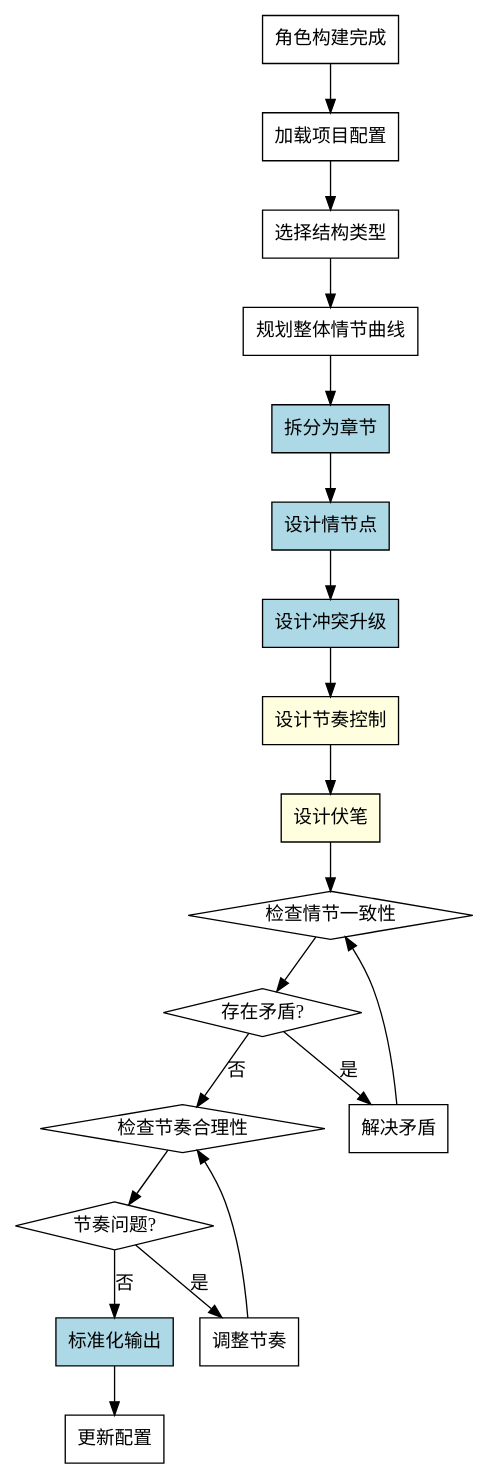
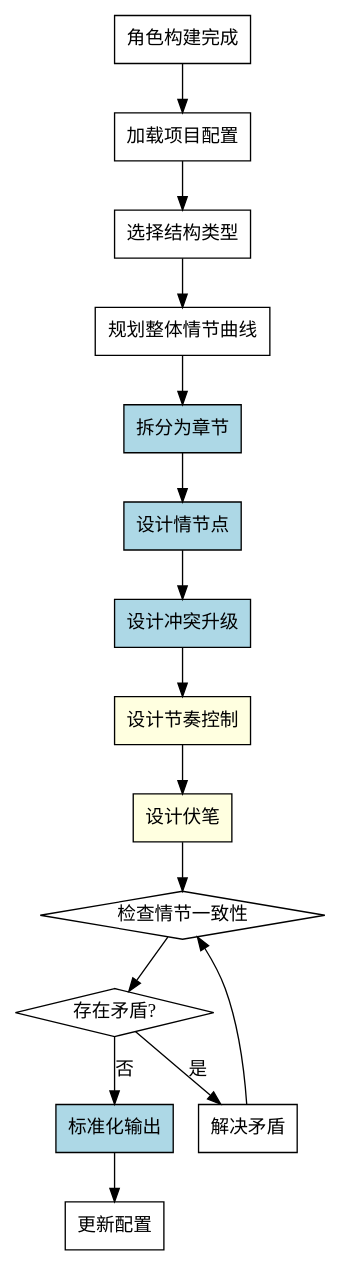
Before and after one commit to llklkl/novel: the diagram in .opencode/skills/outline-design/SKILL.md, drawn with Graphviz. The commit also changed other lines of this file and 19 other files, not shown here.

````diff
--- a/.opencode/skills/outline-design/SKILL.md
+++ b/.opencode/skills/outline-design/SKILL.md
@@ -35,45 +28,37 @@
 ```dot
 digraph outline_design {
     rankdir=TB;
     
     "角色构建完成" [shape=box];
     "加载项目配置" [shape=box];
     "选择结构类型" [shape=box];
     "规划整体情节曲线" [shape=box];
     "拆分为章节" [shape=box, style=filled, fillcolor=lightblue];
     "设计情节点" [shape=box, style=filled, fillcolor=lightblue];
     "设计冲突升级" [shape=box, style=filled, fillcolor=lightblue];
     "设计节奏控制" [shape=box, style=filled, fillcolor=lightyellow];
     "设计伏笔" [shape=box, style=filled, fillcolor=lightyellow];
     "检查情节一致性" [shape=diamond];
     "存在矛盾?" [shape=diamond];
     "解决矛盾" [shape=box];
-    "检查节奏合理性" [shape=diamond];
-    "节奏问题?" [shape=diamond];
-    "调整节奏" [shape=box];
     "标准化输出" [shape=box, style=filled, fillcolor=lightblue];
     "更新配置" [shape=box];
     
     "角色构建完成" -> "加载项目配置";
     "加载项目配置" -> "选择结构类型";
     "选择结构类型" -> "规划整体情节曲线";
     "规划整体情节曲线" -> "拆分为章节";
     "拆分为章节" -> "设计情节点";
     "设计情节点" -> "设计冲突升级";
     "设计冲突升级" -> "设计节奏控制";
     "设计节奏控制" -> "设计伏笔";
     "设计伏笔" -> "检查情节一致性";
     
     "检查情节一致性" -> "存在矛盾?";
     "存在矛盾?" -> "解决矛盾" [label="是"];
-    "存在矛盾?" -> "检查节奏合理性" [label="否"];
+    "存在矛盾?" -> "标准化输出" [label="否"];
     "解决矛盾" -> "检查情节一致性";
-    
-    "检查节奏合理性" -> "节奏问题?";
-    "节奏问题?" -> "调整节奏" [label="是"];
-    "节奏问题?" -> "标准化输出" [label="否"];
-    "调整节奏" -> "检查节奏合理性";
     
     "标准化输出" -> "更新配置";
 }
 ```
````
